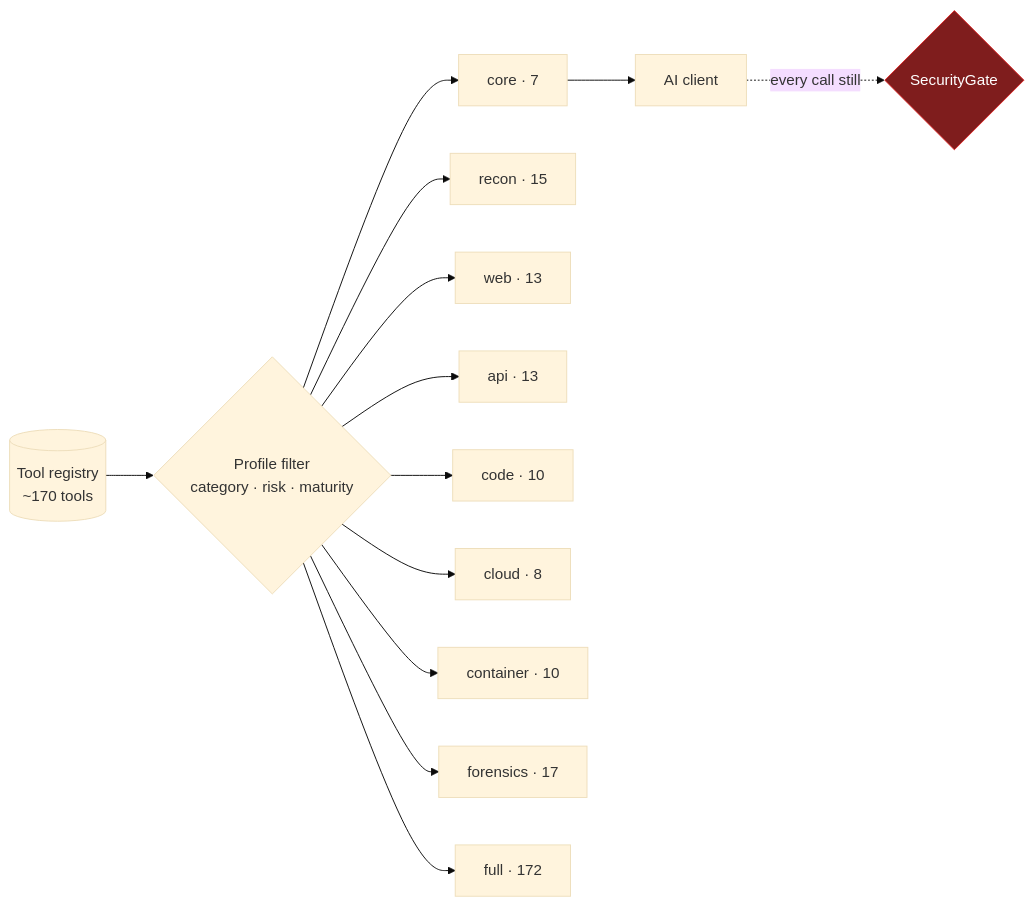
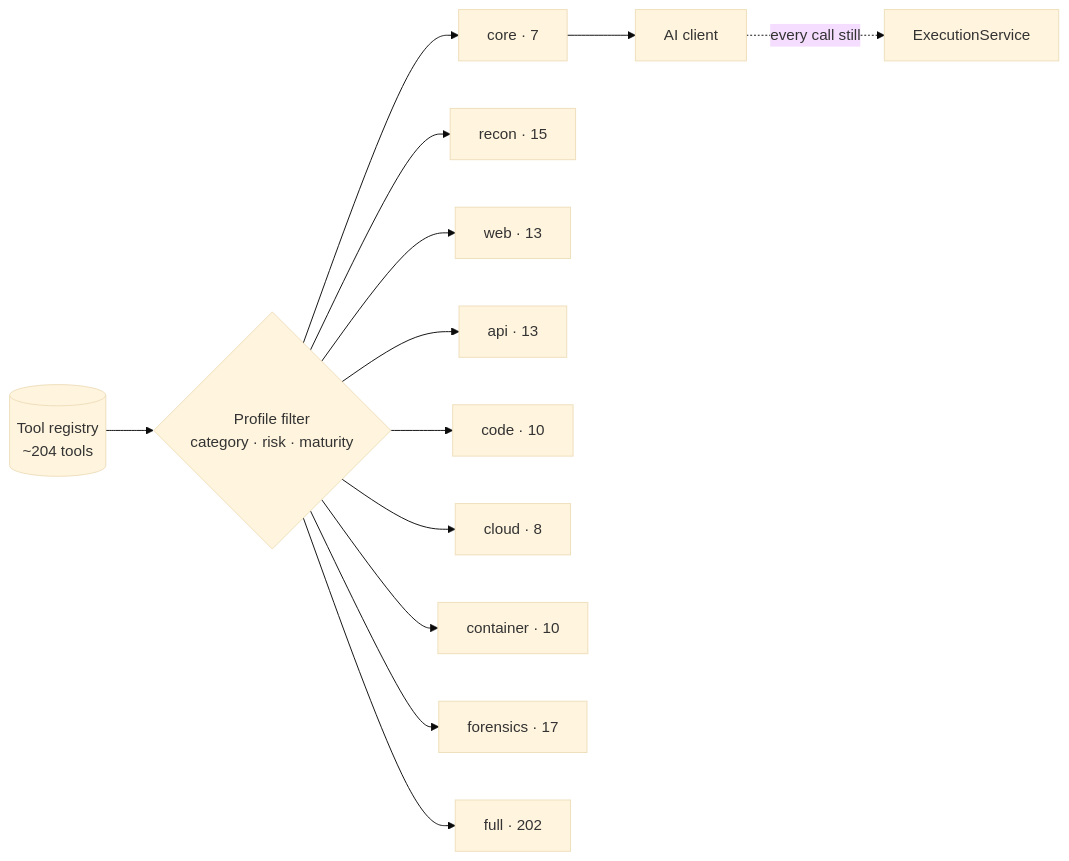
The sixth of 6 diagrams in docs/architecture.md (Arseno25/nexhunter), drawn with Mermaid (base theme) before and after one commit. The commit also changed other lines of this file and 56 other files, not shown here.

Commit message:
Remove auth layer, expand registry to 204 tools across 16 MCP profiles

````diff
--- a/docs/architecture.md
+++ b/docs/architecture.md
@@ -237,19 +196,16 @@
 ```mermaid
 flowchart LR
-    REG[(Tool registry<br/>~170 tools)] --> F{Profile filter<br/>category · risk · maturity}
+    REG[(Tool registry<br/>~204 tools)] --> F{Profile filter<br/>category · risk · maturity}
     F --> C[core · 7]
     F --> RC[recon · 15]
     F --> W[web · 13]
     F --> AP[api · 13]
     F --> CD[code · 10]
     F --> CL[cloud · 8]
     F --> CT[container · 10]
     F --> FR[forensics · 17]
-    F --> FU[full · 172]
+    F --> FU[full · 202]
 
     C --> CLIENT[AI client]
-    CLIENT -.->|every call still| GATE{SecurityGate}
-
-    classDef gate fill:#7f1d1d,stroke:#dc2626,color:#fff
-    class GATE gate
+    CLIENT -.->|every call still| SVC[ExecutionService]
 ```
````
